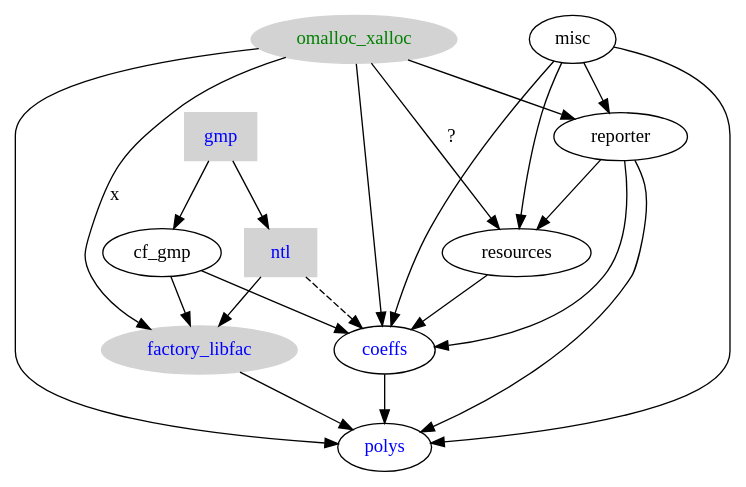
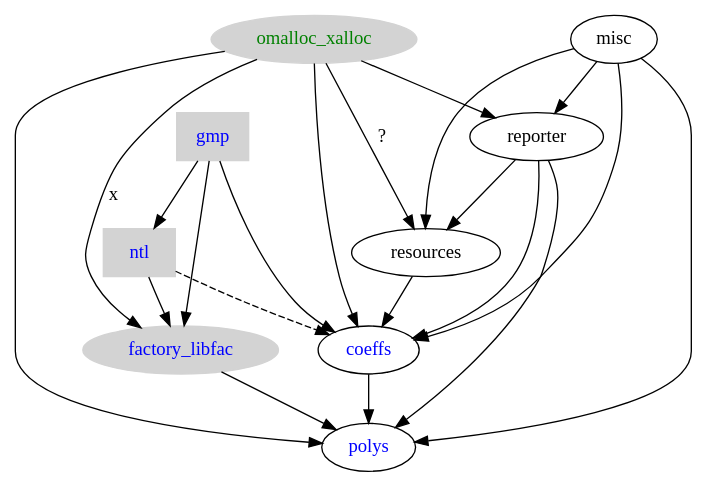
One commit to Singular/Singular changed the diagram in singular.dot. Above: the diagram before and after it, drawn with Graphviz. The commit also changed 10 other files, not shown here.

Commit message:
- fixed --with-gmp in factory/configure.in to be compatible with gmp macro - added factory to the build process - include cf_factory.h in cf_gcd.cc - do not generate cf_gmp.h but replace with a wrapper around gmp.h

```diff
--- a/singular.dot
+++ b/singular.dot
@@ -1,36 +1,35 @@
 digraph singular {
 	gmp [ color=lightgrey, fontcolor=blue, style=filled, shape=box ];
 	gmp -> ntl;
-	gmp -> cf_gmp;
-	cf_gmp -> factory_libfac;
-	cf_gmp -> coeffs;
+	gmp -> factory_libfac;
+	gmp -> coeffs;
 	ntl [ color=lightgrey, fontcolor=blue, style=filled, shape=box ];
 	ntl -> factory_libfac;
 	omalloc_xalloc [ color=lightgrey, fontcolor=green, style=filled ];
 	omalloc_xalloc -> factory_libfac [label="x"];
 	omalloc_xalloc -> reporter;
 	omalloc_xalloc -> resources [label="?"];
 	omalloc_xalloc -> coeffs;
 	omalloc_xalloc -> polys;
 	factory_libfac [ color=lightgrey, fontcolor=blue, style=filled ];
 	factory_libfac -> polys;
 	misc -> reporter;
 	misc -> resources;
 	misc -> coeffs;
 	misc -> polys;
 	reporter -> resources;
 	reporter -> coeffs;
 	reporter -> polys;
 	resources -> coeffs;
 	coeffs [ fontcolor=blue ];
 	coeffs -> polys;
 	edge [style=dashed];
 	ntl -> coeffs;
 	polys [ fontcolor=blue ];
 }
 
 // dot -Tpng -o singular.png singular.dot
 
 // boxed = third party
 // filled = external
 // blue = math
```
